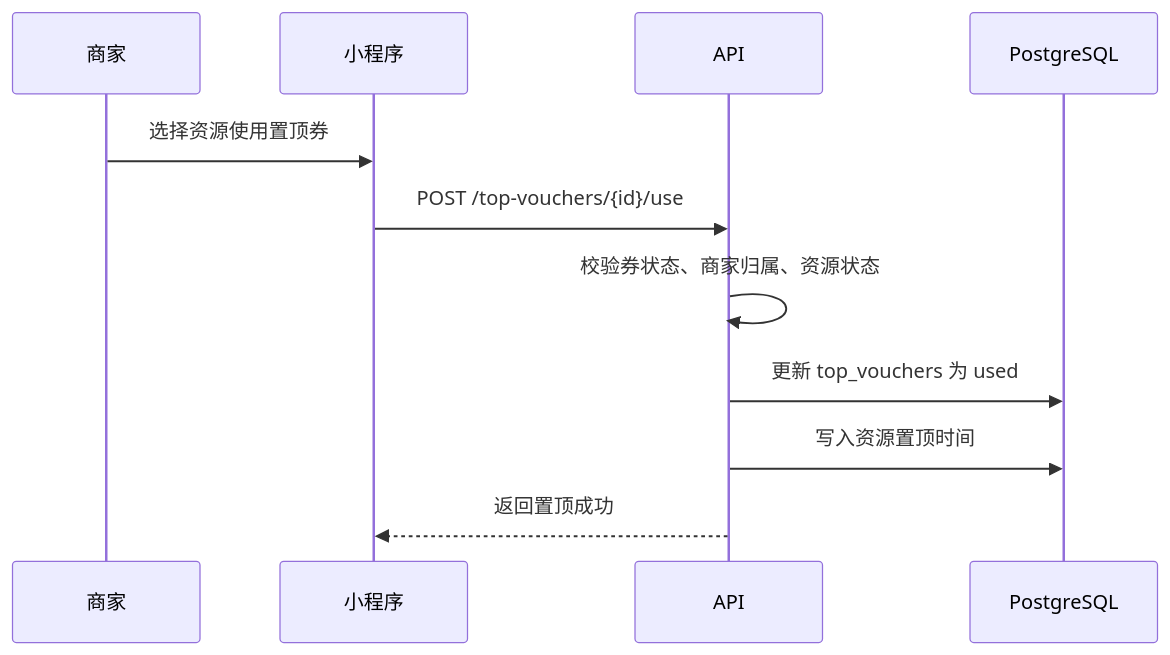
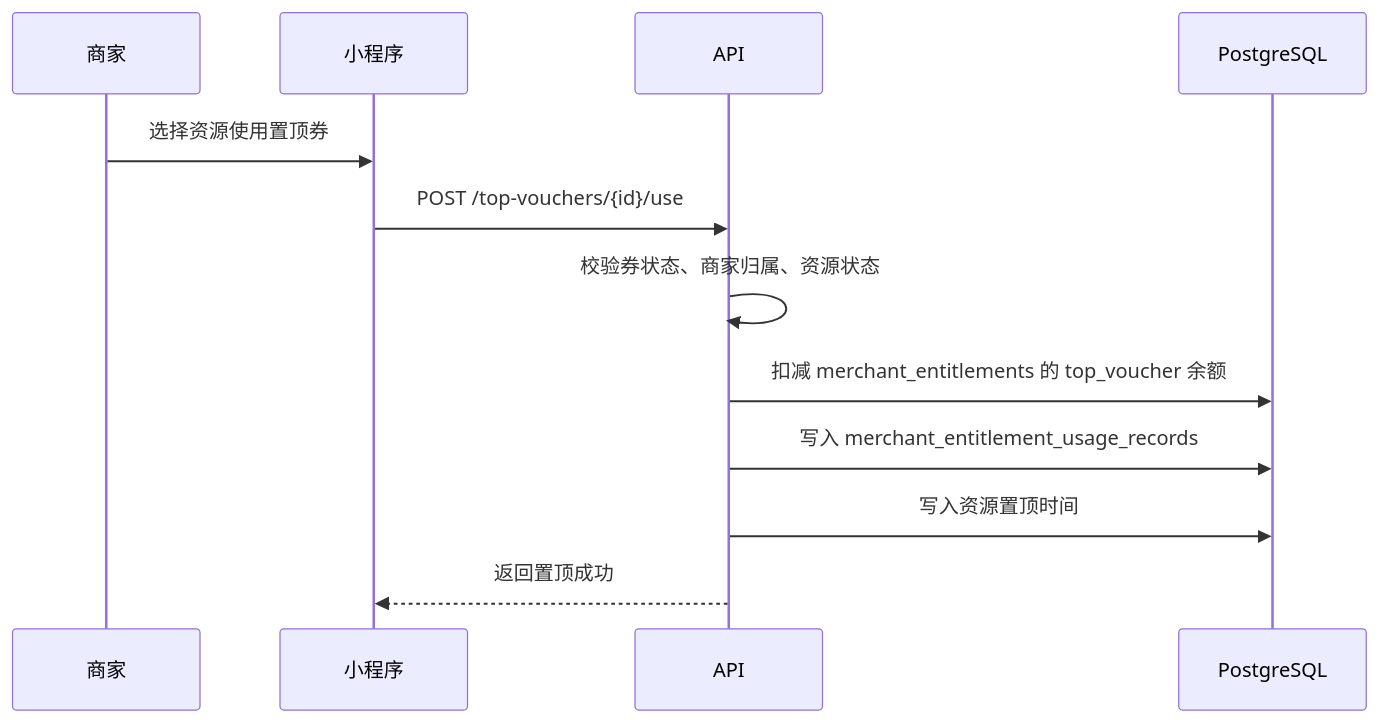
Before and after one commit to tourdt/wplink: the fourth of 4 diagrams in docs/product/technical-architecture.md, drawn with Mermaid. The commit also changed 33 other files, not shown here.

````diff
--- a/docs/product/technical-architecture.md
+++ b/docs/product/technical-architecture.md
@@ -394,14 +394,15 @@
 ```mermaid
 sequenceDiagram
   participant M as 商家
   participant W as 小程序
   participant A as API
   participant D as PostgreSQL
 
   M->>W: 选择资源使用置顶券
   W->>A: POST /top-vouchers/{id}/use
   A->>A: 校验券状态、商家归属、资源状态
-  A->>D: 更新 top_vouchers 为 used
+  A->>D: 扣减 merchant_entitlements 的 top_voucher 余额
+  A->>D: 写入 merchant_entitlement_usage_records
   A->>D: 写入资源置顶时间
   A-->>W: 返回置顶成功
 ```
````
